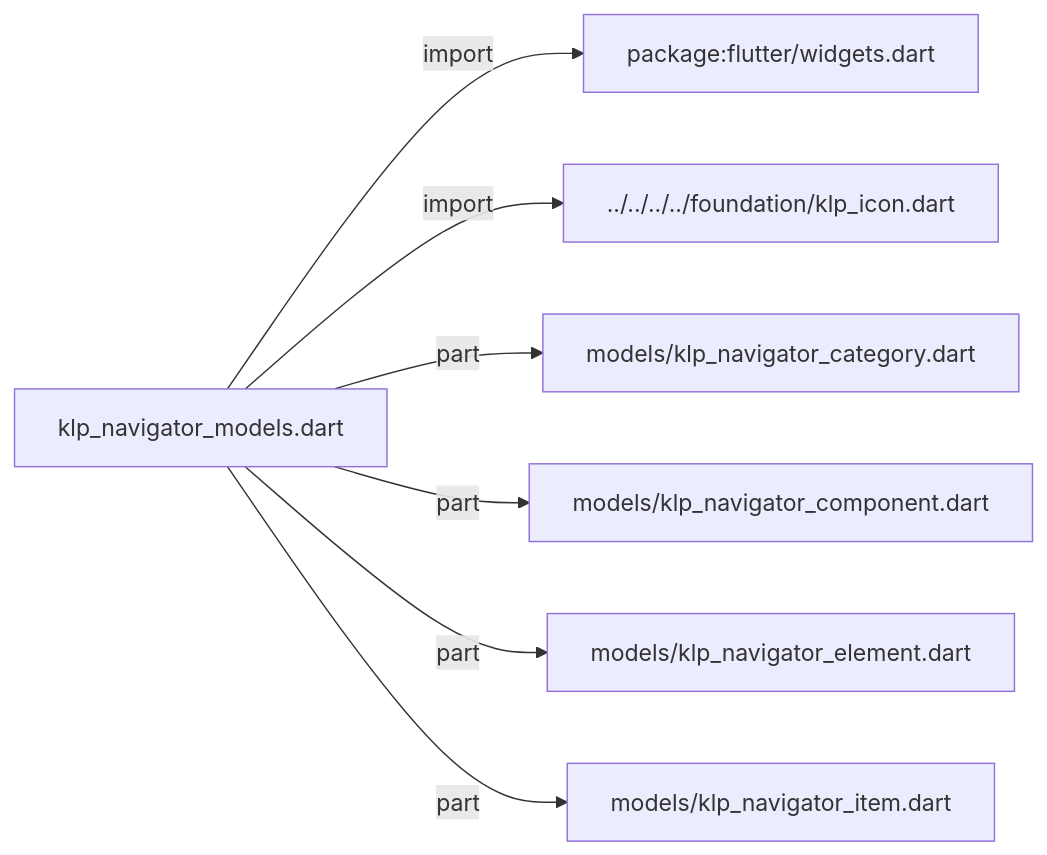
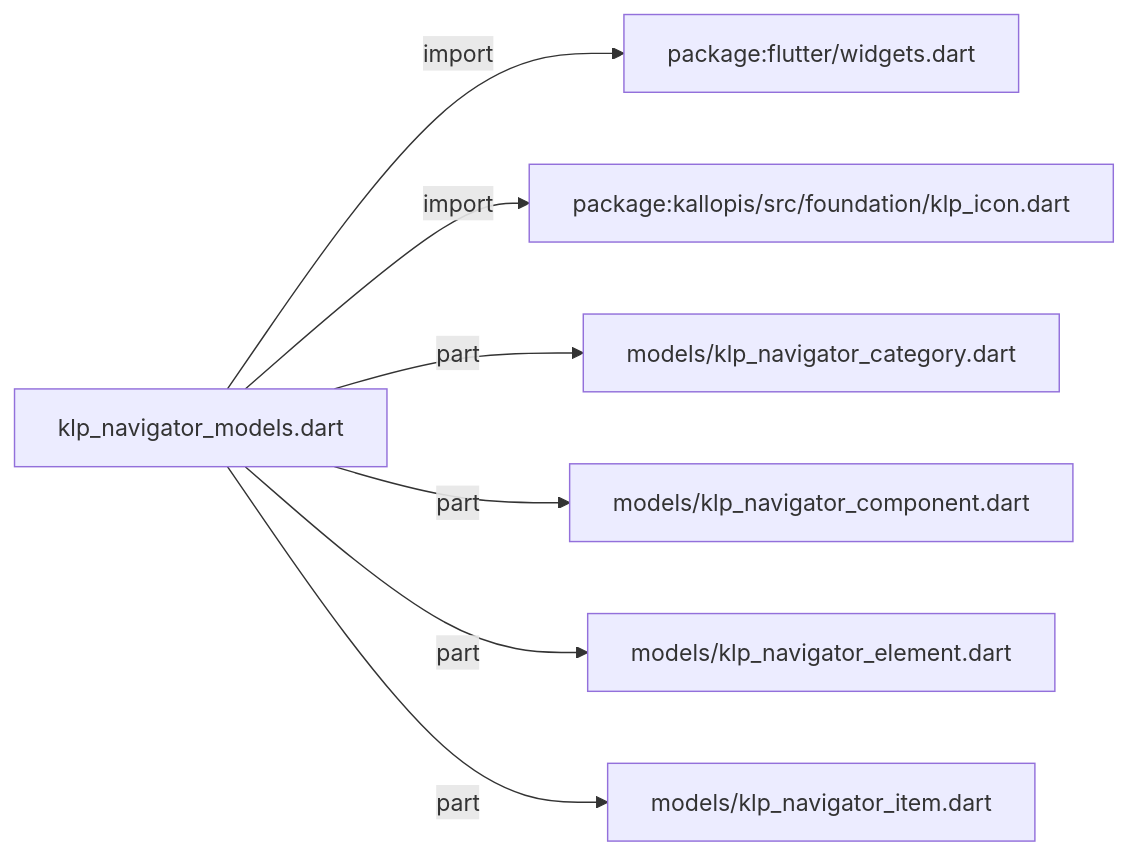
One commit to MiuDog/Kallopis changed the diagram in docs/architecture/src/features/navigation/widgets/navigator/klp_navigator_models.md. Above: the diagram before and after it, drawn with Mermaid. The commit also changed other lines of this file and 9688 other files, not shown here.

Commit message:
Prepare isolated Flow F2 peer baseline

````diff
--- a/docs/architecture/src/features/navigation/widgets/navigator/klp_navigator_models.md
+++ b/docs/architecture/src/features/navigation/widgets/navigator/klp_navigator_models.md
@@ -11,16 +11,16 @@
 ```mermaid
 flowchart LR
 	n0["klp_navigator_models.dart"]
 	n1["package:flutter/widgets.dart"]
-	n2["../../../../foundation/klp_icon.dart"]
+	n2["package:kallopis/src/foundation/klp_icon.dart"]
 	n3["models/klp_navigator_category.dart"]
 	n4["models/klp_navigator_component.dart"]
 	n5["models/klp_navigator_element.dart"]
 	n6["models/klp_navigator_item.dart"]
 	n0 -->|"import"| n1
 	n0 -->|"import"| n2
 	n0 -->|"part"| n3
 	n0 -->|"part"| n4
 	n0 -->|"part"| n5
 	n0 -->|"part"| n6
 ```
````
